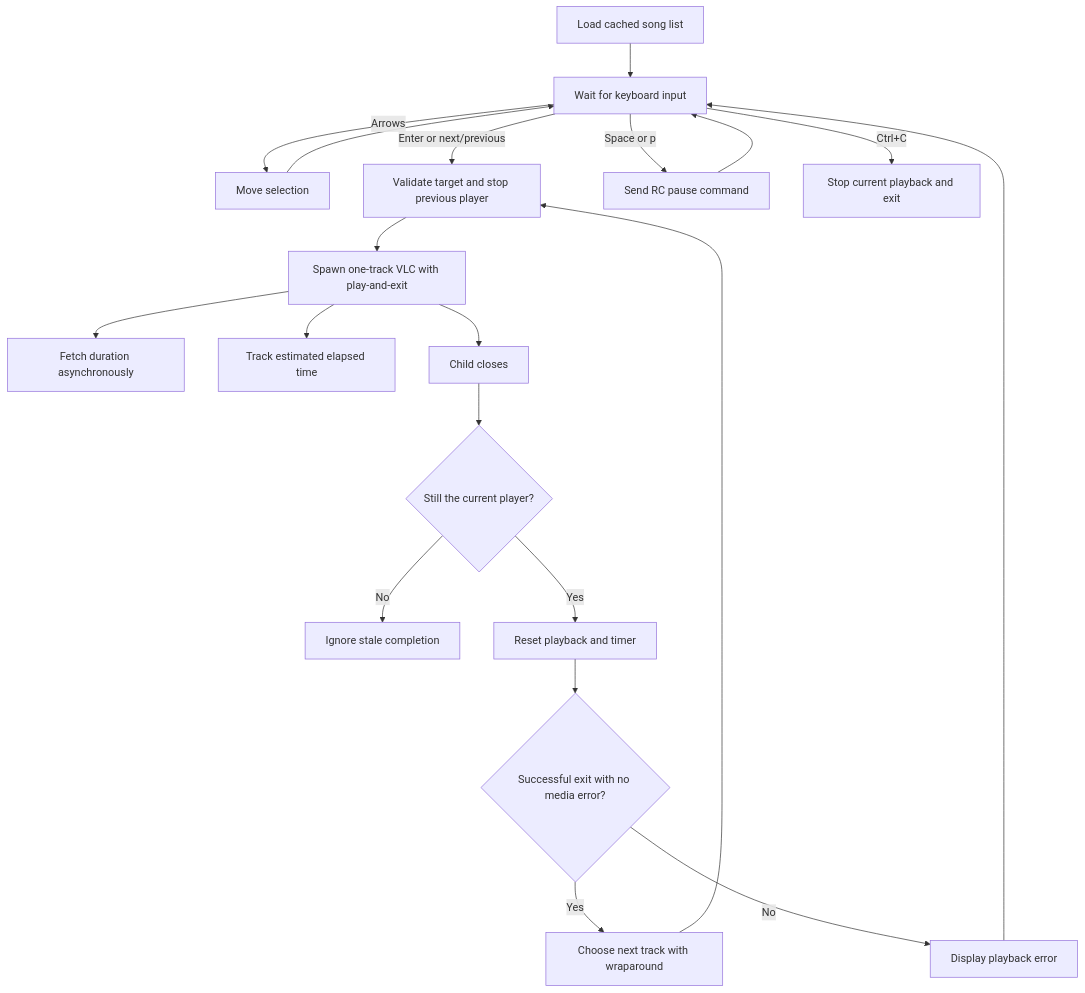
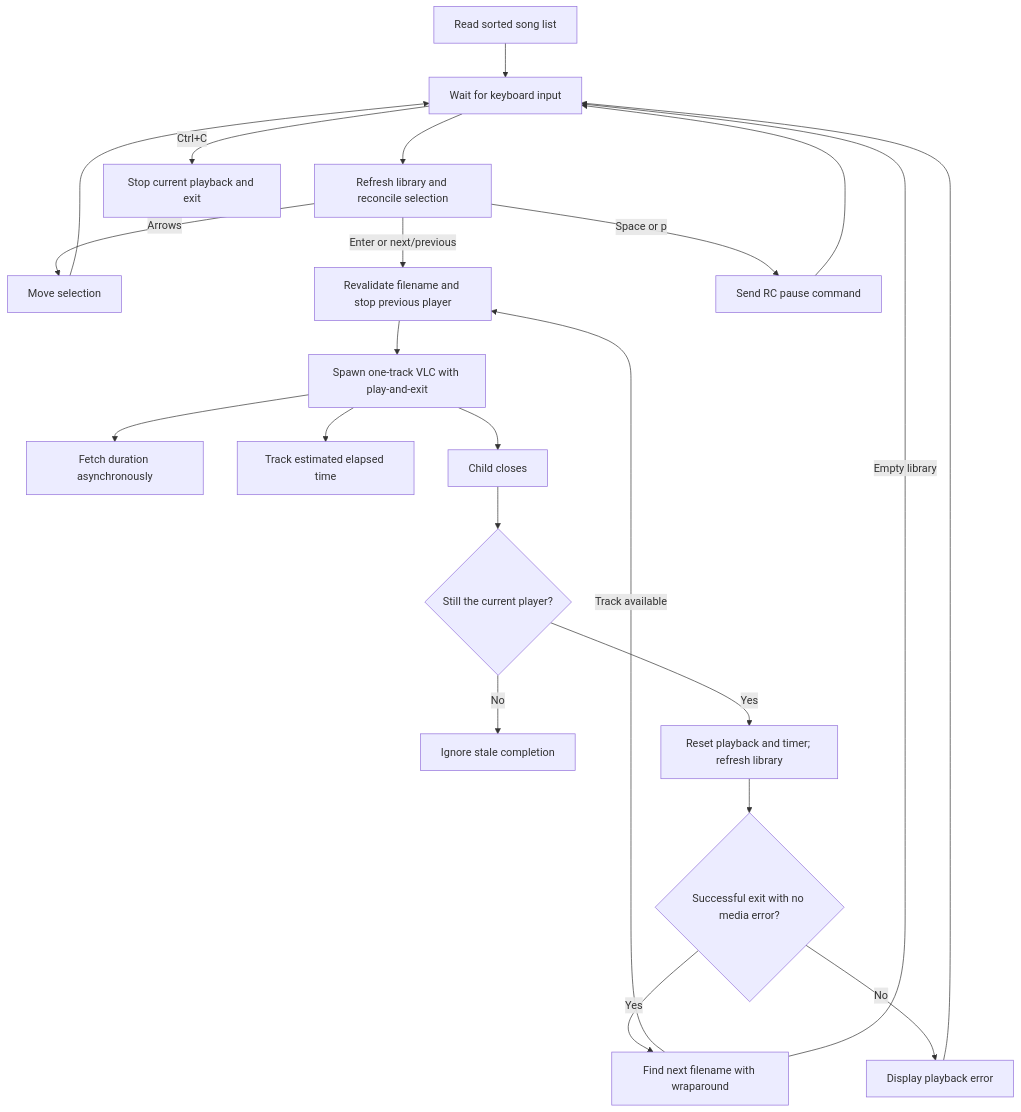
Before and after one commit to Akshith17323/Music_Player_CLI_js: the diagram in ARCHITECTURE.md, drawn with Mermaid. The commit also changed other lines of this file and 3 other files, not shown here.

Commit message:
Fixed playing after track finished or stop playing and stale lists

````diff
--- a/ARCHITECTURE.md
+++ b/ARCHITECTURE.md
@@ -106,22 +107,24 @@
 ```mermaid
 flowchart TD
-    Start[Load cached song list] --> Input[Wait for keyboard input]
-    Input -->|Arrows| Select[Move selection]
+    Start[Read sorted song list] --> Input[Wait for keyboard input]
+    Input --> Refresh[Refresh library and reconcile selection]
+    Refresh -->|Arrows| Select[Move selection]
     Select --> Input
-    Input -->|Enter or next/previous| Play[Validate target and stop previous player]
+    Refresh -->|Enter or next/previous| Play[Revalidate filename and stop previous player]
     Play --> Spawn[Spawn one-track VLC with play-and-exit]
     Spawn --> Metadata[Fetch duration asynchronously]
     Spawn --> Timer[Track estimated elapsed time]
-    Input -->|Space or p| Pause[Send RC pause command]
+    Refresh -->|Space or p| Pause[Send RC pause command]
     Pause --> Input
     Spawn --> Close[Child closes]
     Close --> Owner{Still the current player?}
     Owner -->|No| Ignore[Ignore stale completion]
-    Owner -->|Yes| Reset[Reset playback and timer]
+    Owner -->|Yes| Reset[Reset playback and timer; refresh library]
     Reset --> Success{Successful exit with no media error?}
-    Success -->|Yes| Next[Choose next track with wraparound]
-    Next --> Play
+    Success -->|Yes| Next[Find next filename with wraparound]
+    Next -->|Track available| Play
+    Next -->|Empty library| Input
     Success -->|No| Error[Display playback error]
     Error --> Input
     Input -->|Ctrl+C| Exit[Stop current playback and exit]
 ```
````
